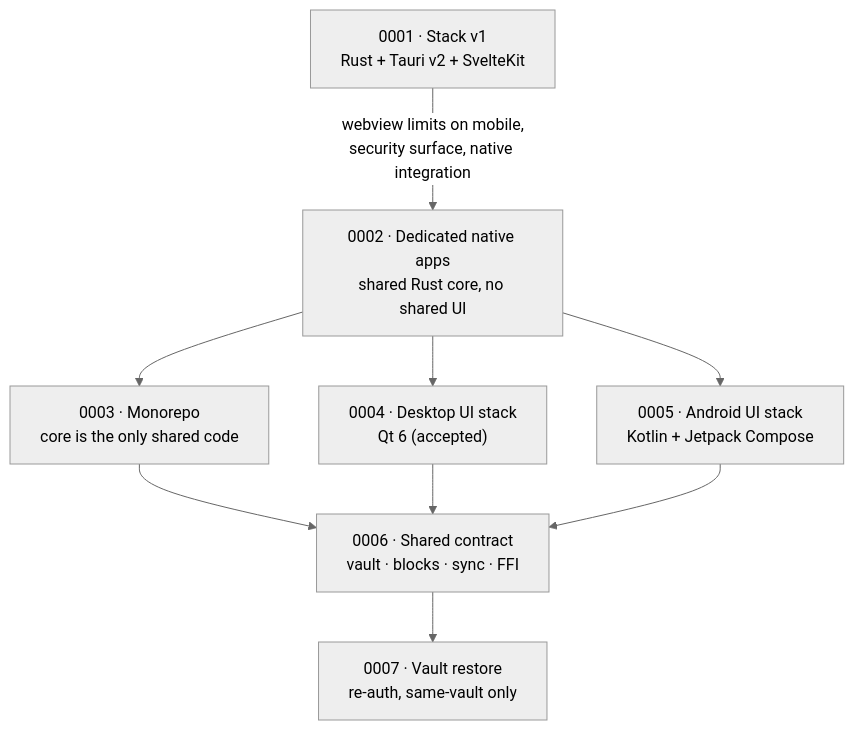
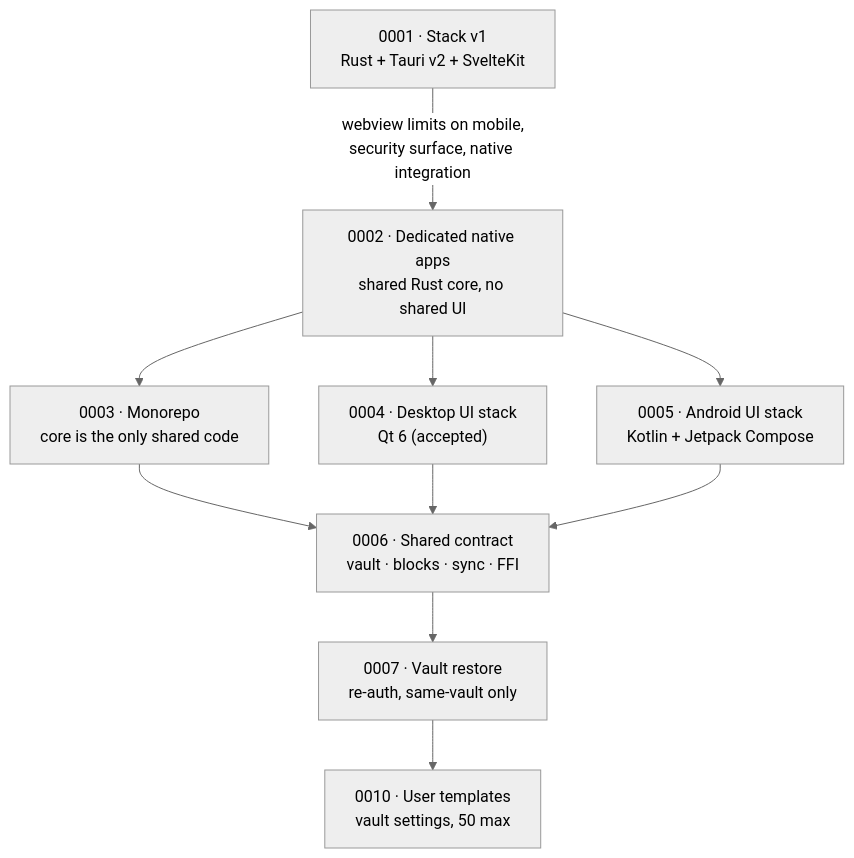
The diagram in docs/decisions/README.md (Pranesh-Selvaraj/Enclave), drawn with Mermaid (neutral theme) before and after one commit. The commit also changed other lines of this file and 3 other files, not shown here.

````diff
--- a/docs/decisions/README.md
+++ b/docs/decisions/README.md
@@ -31,11 +32,12 @@
 ```mermaid
 graph TD
     A["0001 · Stack v1<br/>Rust + Tauri v2 + SvelteKit"] -->|webview limits on mobile,<br/>security surface, native integration| B["0002 · Dedicated native apps<br/>shared Rust core, no shared UI"]
     B --> C["0003 · Monorepo<br/>core is the only shared code"]
     B --> D["0004 · Desktop UI stack<br/>Qt 6 (accepted)"]
     B --> E["0005 · Android UI stack<br/>Kotlin + Jetpack Compose"]
     C --> F["0006 · Shared contract<br/>vault · blocks · sync · FFI"]
     D --> F
     E --> F
     F --> G["0007 · Vault restore<br/>re-auth, same-vault only"]
+    G --> H["0010 · User templates<br/>vault settings, 50 max"]
 ```
````
